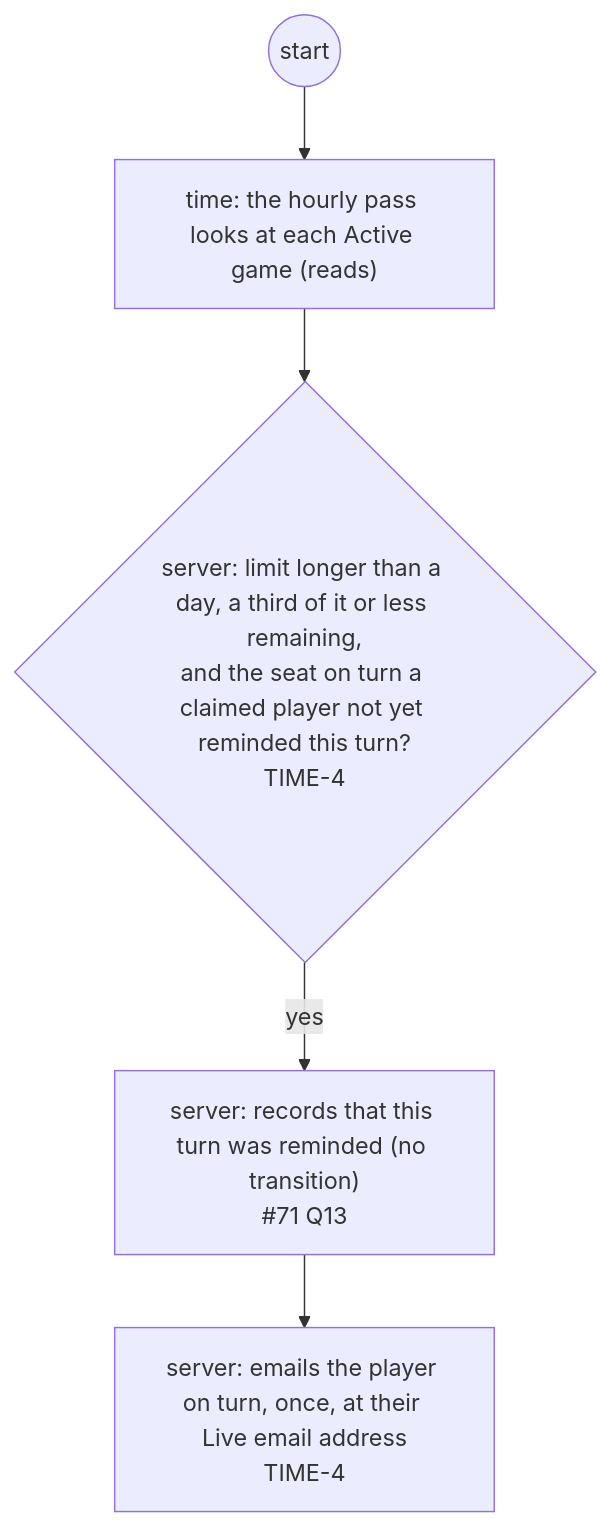
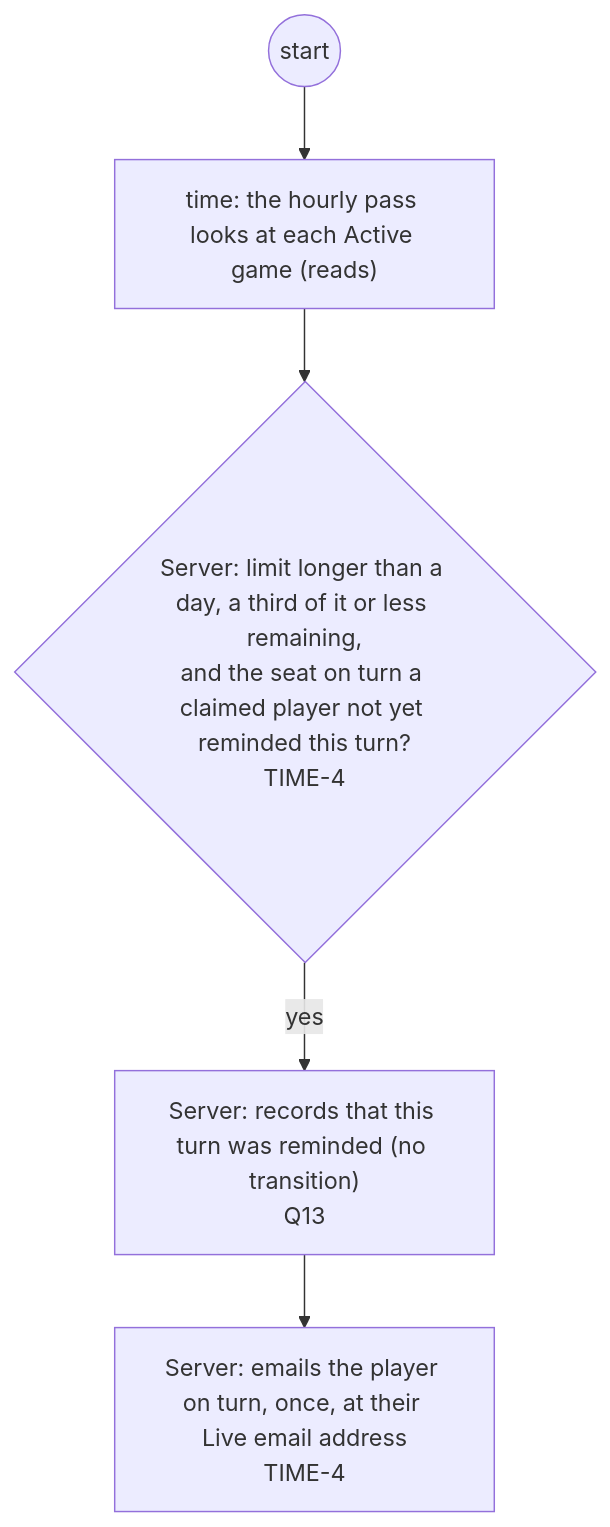
Before and after one commit to delphside/programme: diagram 20 of 29 in docs/changes/workstreams/application-game-architecture/71-one-game-model/71-functional.md, drawn with Mermaid. The commit also changed other lines of this file, not shown here.

First line of the commit message:
app 0.9.2 api 2.16: 71: questions get headings Q1 to Q15; Server capitalised as an actor

````diff
--- a/docs/changes/workstreams/application-game-architecture/71-one-game-model/71-functional.md
+++ b/docs/changes/workstreams/application-game-architecture/71-one-game-model/71-functional.md
@@ -363,7 +364,7 @@
 ```mermaid
 flowchart TD
   s0((start)) --> t0["time: the hourly pass looks at each Active game (reads)"]
-  t0 --> v1{"server: limit longer than a day, a third of it or less remaining,<br/>and the seat on turn a claimed player not yet reminded this turn?<br/>TIME-4"}
-  v1 -- yes --> t1["server: records that this turn was reminded (no transition)<br/>#71 Q13"]
-  t1 --> t2["server: emails the player on turn, once, at their Live email address<br/>TIME-4"]
+  t0 --> v1{"Server: limit longer than a day, a third of it or less remaining,<br/>and the seat on turn a claimed player not yet reminded this turn?<br/>TIME-4"}
+  v1 -- yes --> t1["Server: records that this turn was reminded (no transition)<br/>Q13"]
+  t1 --> t2["Server: emails the player on turn, once, at their Live email address<br/>TIME-4"]
 ```
````
